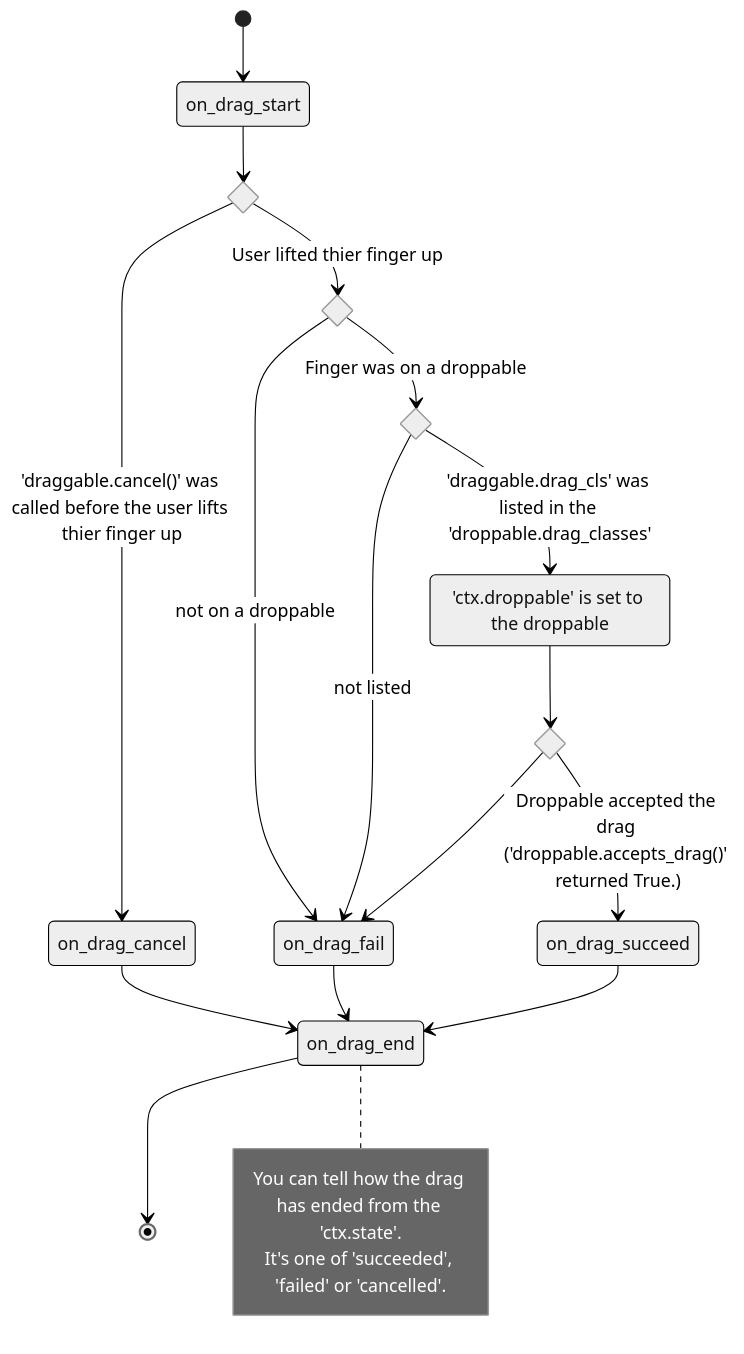
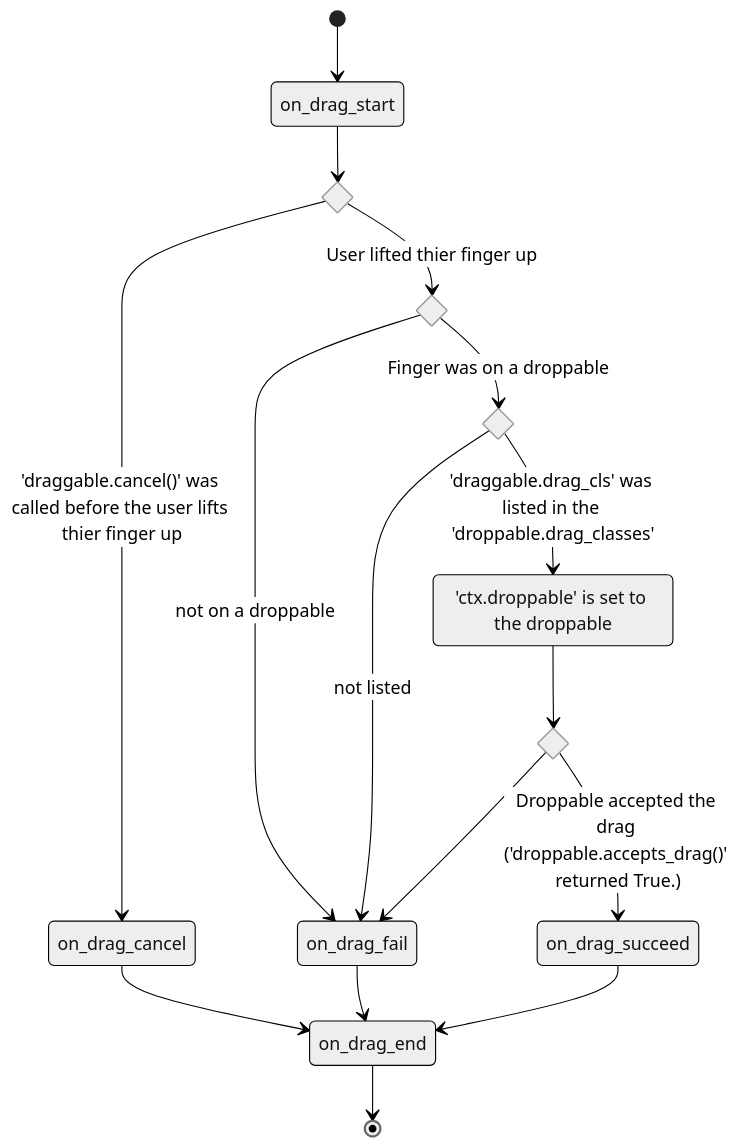
The diagram in README.md (kivy-garden/draggable), drawn with Mermaid (neutral theme) before and after one commit. The commit also changed 2 other files, not shown here.

Commit message:
(api-break) replace 'DragContext.state' with 'KXDraggeblaBehavior.drag_state'

````diff
--- a/README.md
+++ b/README.md
@@ -47,33 +47,29 @@
 ```mermaid
 stateDiagram-v2
     state cancelled? <<choice>>
     state on_a_droppable? <<choice>>
     state listed? <<choice>>
     state accepted? <<choice>>
 
     [*] --> on_drag_start
     on_drag_start --> cancelled?
     cancelled? --> on_a_droppable?: User lifted thier finger up
     cancelled? --> on_drag_cancel: 'draggable.cancel()' was called before the user lifts thier finger up
 
     on_a_droppable? --> listed?: Finger was on a droppable
     on_a_droppable? --> on_drag_fail: not on a droppable
 
     droppable_is_set: 'ctx.droppable' is set to the droppable
     listed? --> droppable_is_set: 'draggable.drag_cls' was listed in the 'droppable.drag_classes'
     listed? --> on_drag_fail: not listed
 
     droppable_is_set --> accepted?
     accepted? --> on_drag_succeed: Droppable accepted the drag ('droppable.accepts_drag()' returned True.)
     accepted? --> on_drag_fail
 
     on_drag_cancel --> on_drag_end
     on_drag_fail --> on_drag_end
     on_drag_succeed --> on_drag_end
 
     on_drag_end --> [*]
-    note right of on_drag_end
-        You can tell how the drag has ended from the 'ctx.state'.
-        It's one of 'succeeded', 'failed' or 'cancelled'.
-    end note
 ```
````
